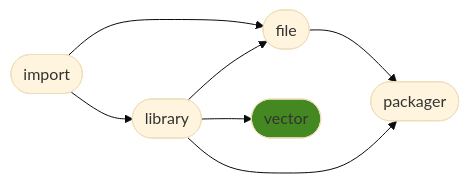
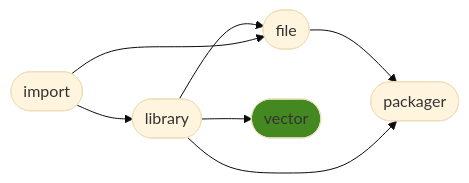
One commit to ManderaGeneral/generalvector changed the diagram in README.md. Above: the diagram before and after it, drawn with Mermaid (base theme). The commit also changed other lines of this file, not shown here.

````diff
--- a/README.md
+++ b/README.md
@@ -24,15 +24,15 @@
 ```mermaid
 flowchart LR
-0([import]) --> 1([library])
+1([library]) --> 2([file])
 2([file]) --> 4([packager])
 1([library]) --> 4([packager])
+0([import]) --> 1([library])
+1([library]) --> 3([vector])
 0([import]) --> 2([file])
-1([library]) --> 3([vector])
-1([library]) --> 2([file])
 click 0 "https://github.com/ManderaGeneral/generalimport"
 click 1 "https://github.com/ManderaGeneral/generallibrary"
 click 2 "https://github.com/ManderaGeneral/generalfile"
 click 3 "https://github.com/ManderaGeneral/generalvector"
 click 4 "https://github.com/ManderaGeneral/generalpackager"
 style 3 fill:#482
 ```
````
